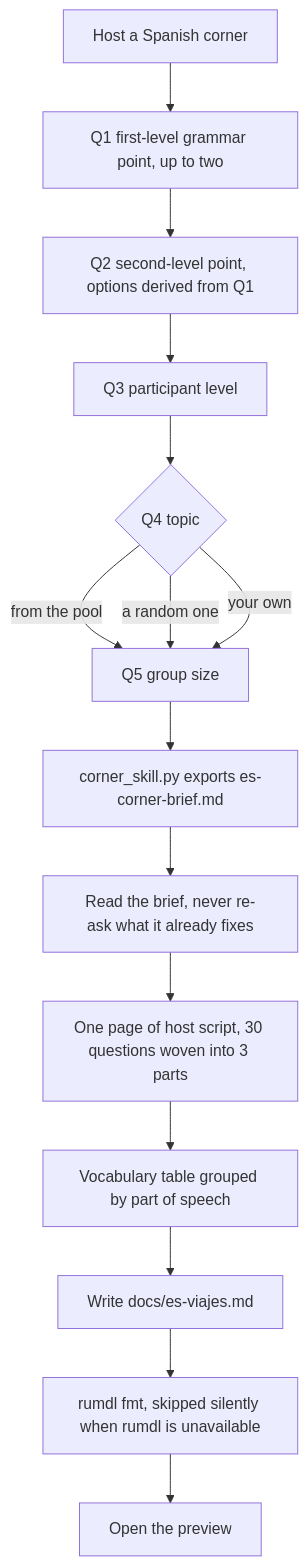
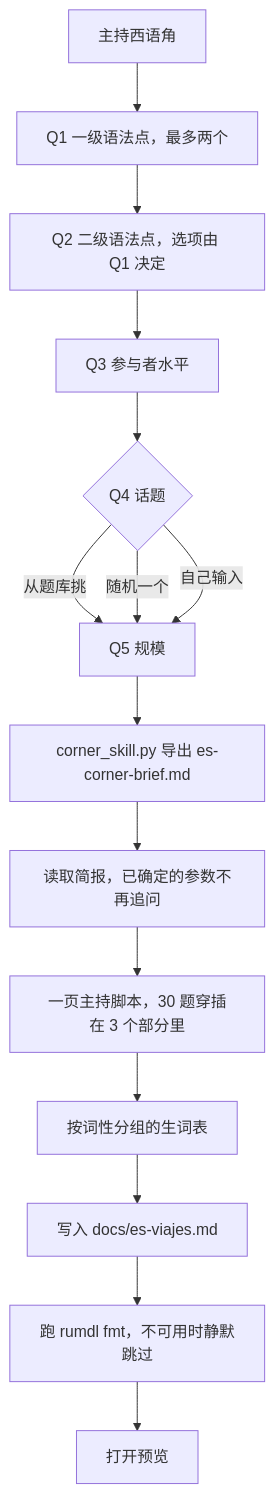
One commit to HHSTU-IST/skills changed the sixth of 10 diagrams in README.md. Above: the diagram before and after it, drawn with Mermaid. The commit also changed other lines of this file and 2 other files, not shown here.

````diff
--- a/README.md
+++ b/README.md
@@ -450,17 +450,17 @@
 ```mermaid
 flowchart TD
-    A["Host a Spanish corner"] --> Q1["Q1 first-level grammar point, up to two"]
-    Q1 --> Q2["Q2 second-level point, options derived from Q1"]
-    Q2 --> Q3["Q3 participant level"]
-    Q3 --> Q4{"Q4 topic"}
-    Q4 -->|from the pool| Q5
-    Q4 -->|a random one| Q5
-    Q4 -->|your own| Q5
-    Q5["Q5 group size"] --> B["corner_skill.py exports es-corner-brief.md"]
-    B --> C["Read the brief, never re-ask what it already fixes"]
-    C --> D["One page of host script, 30 questions woven into 3 parts"]
-    D --> E["Vocabulary table grouped by part of speech"]
-    E --> F["Write docs/es-viajes.md"]
-    F --> G["rumdl fmt, skipped silently when rumdl is unavailable"]
-    G --> H["Open the preview"]
+    A["主持西语角"] --> Q1["Q1 一级语法点，最多两个"]
+    Q1 --> Q2["Q2 二级语法点，选项由 Q1 决定"]
+    Q2 --> Q3["Q3 参与者水平"]
+    Q3 --> Q4{"Q4 话题"}
+    Q4 -->|从题库挑| Q5
+    Q4 -->|随机一个| Q5
+    Q4 -->|自己输入| Q5
+    Q5["Q5 规模"] --> B["corner_skill.py 导出 es-corner-brief.md"]
+    B --> C["读取简报，已确定的参数不再追问"]
+    C --> D["一页主持脚本，30 题穿插在 3 个部分里"]
+    D --> E["按词性分组的生词表"]
+    E --> F["写入 docs/es-viajes.md"]
+    F --> G["跑 rumdl fmt，不可用时静默跳过"]
+    G --> H["打开预览"]
 ```
````
